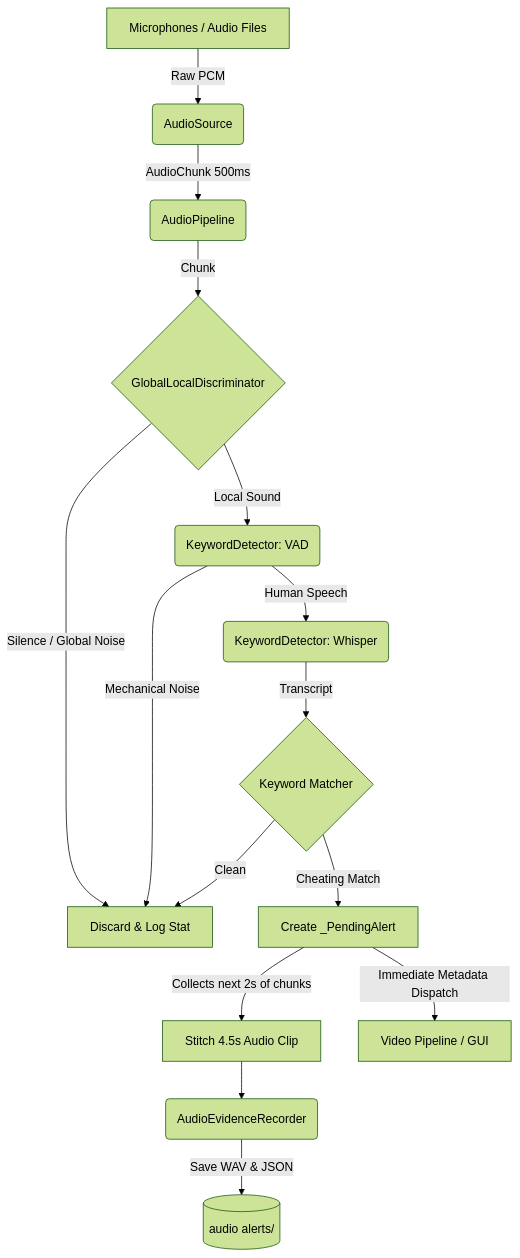
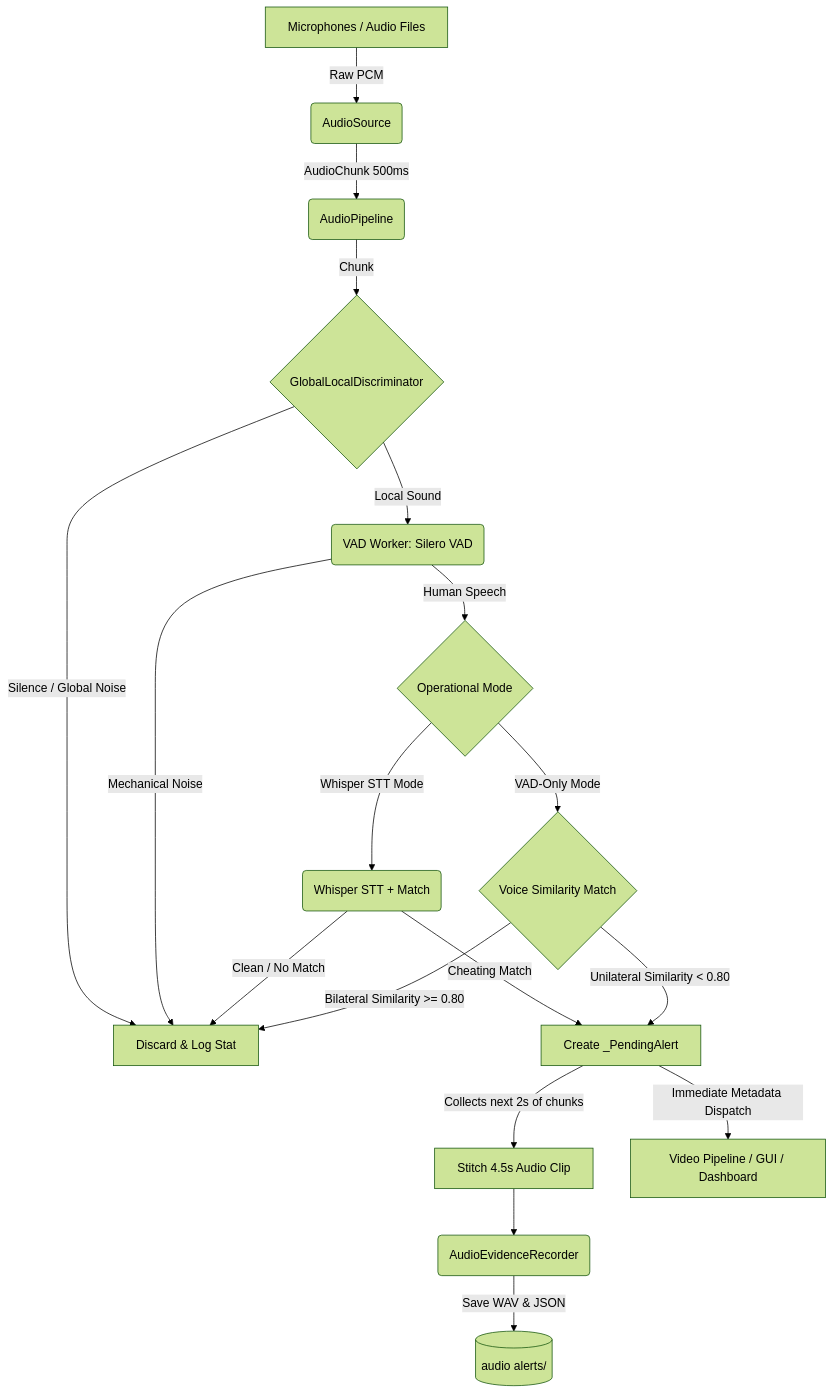
Before and after one commit to SheedoM/Thaqib---Smart-Cheating-Detection-System: the diagram in AUDIO_ARCHITECTURE.md, drawn with Mermaid (forest theme). The commit also changed other lines of this file and 24 other files, not shown here.

Commit message:
fixed video system audio system Before the final layer

````diff
--- a/AUDIO_ARCHITECTURE.md
+++ b/AUDIO_ARCHITECTURE.md
@@ -9,22 +9,26 @@
 ```mermaid
 graph TD
     A[Microphones / Audio Files] -->|Raw PCM| B(AudioSource)
     B -->|AudioChunk 500ms| C(AudioPipeline)
     
     C -->|Chunk| D{GlobalLocalDiscriminator}
     D -->|Silence / Global Noise| E[Discard & Log Stat]
-    D -->|Local Sound| F(KeywordDetector: VAD)
+    D -->|Local Sound| F(VAD Worker: Silero VAD)
     
     F -->|Mechanical Noise| E
-    F -->|Human Speech| G(KeywordDetector: Whisper)
+    F -->|Human Speech| G{Operational Mode}
     
-    G -->|Transcript| H{Keyword Matcher}
-    H -->|Clean| E
+    G -->|Whisper STT Mode| H(Whisper STT + Match)
+    H -->|Clean / No Match| E
     H -->|Cheating Match| I[Create _PendingAlert]
     
-    I -->|Collects next 2s of chunks| J[Stitch 4.5s Audio Clip]
-    J --> K(AudioEvidenceRecorder)
-    K -->|Save WAV & JSON| L[(audio alerts/)]
+    G -->|VAD-Only Mode| J{Voice Similarity Match}
+    J -->|Bilateral Similarity >= 0.80| E
+    J -->|Unilateral Similarity < 0.80| I
     
-    I -->|Immediate Metadata Dispatch| M[Video Pipeline / GUI]
+    I -->|Collects next 2s of chunks| K[Stitch 4.5s Audio Clip]
+    K --> L(AudioEvidenceRecorder)
+    L -->|Save WAV & JSON| M[(audio alerts/)]
+    
+    I -->|Immediate Metadata Dispatch| N[Video Pipeline / GUI / Dashboard]
 ```
````
